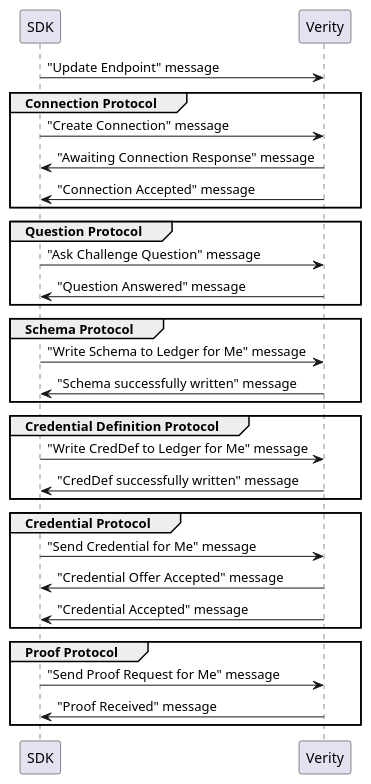
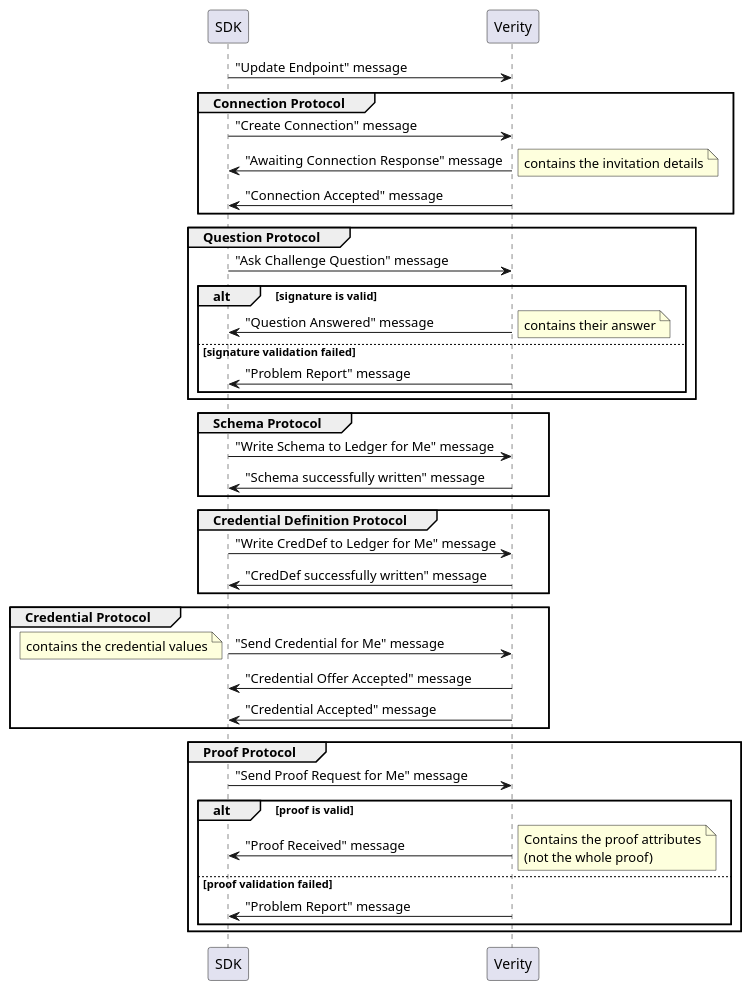
The diagram in docs/example-flow.puml (evernym/verity-sdk), drawn with PlantUML before and after one commit.

Commit message:
add details to example-flow.puml

```diff
--- a/docs/example-flow.puml
+++ b/docs/example-flow.puml
@@ -1,37 +1,52 @@
 @startuml example-app
 
 SDK -> Verity: "Update Endpoint" message
 
 group Connection Protocol
 SDK -> Verity: "Create Connection" message
 Verity -> SDK: "Awaiting Connection Response" message
+note right: contains the invitation details
 Verity -> SDK: "Connection Accepted" message
 end
 
 group Question Protocol
 SDK -> Verity: "Ask Challenge Question" message
+alt signature is valid
 Verity -> SDK: "Question Answered" message
+note right: contains their answer
+else signature validation failed
+Verity -> SDK: "Problem Report" message
+end
 end
 
 group Schema Protocol
 SDK -> Verity: "Write Schema to Ledger for Me" message
 Verity -> SDK: "Schema successfully written" message
 end
 
 group Credential Definition Protocol
 SDK -> Verity: "Write CredDef to Ledger for Me" message
 Verity -> SDK: "CredDef successfully written" message
 end
 
 group Credential Protocol
 SDK -> Verity: "Send Credential for Me" message
+note left: contains the credential values
 Verity -> SDK: "Credential Offer Accepted" message
 Verity -> SDK: "Credential Accepted" message
 end
 
 group Proof Protocol
 SDK -> Verity: "Send Proof Request for Me" message
+alt proof is valid
 Verity -> SDK: "Proof Received" message
+note right
+Contains the proof attributes
+(not the whole proof)
+end note
+else proof validation failed
+Verity -> SDK: "Problem Report" message
+end
 end
 
 @enduml
```
